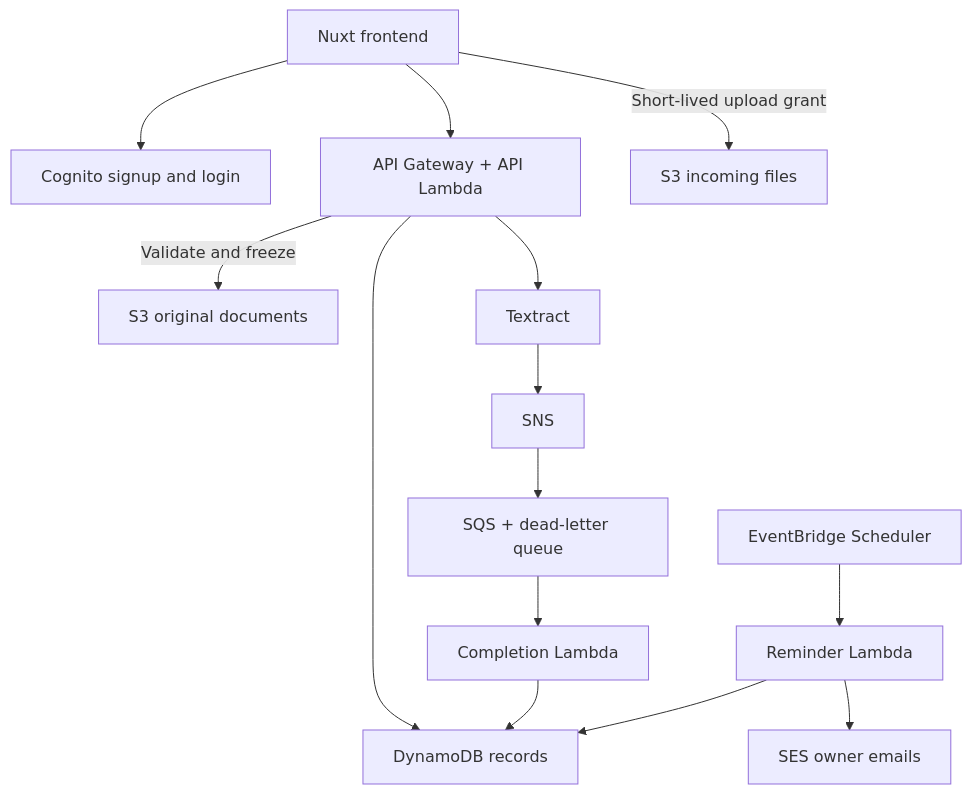
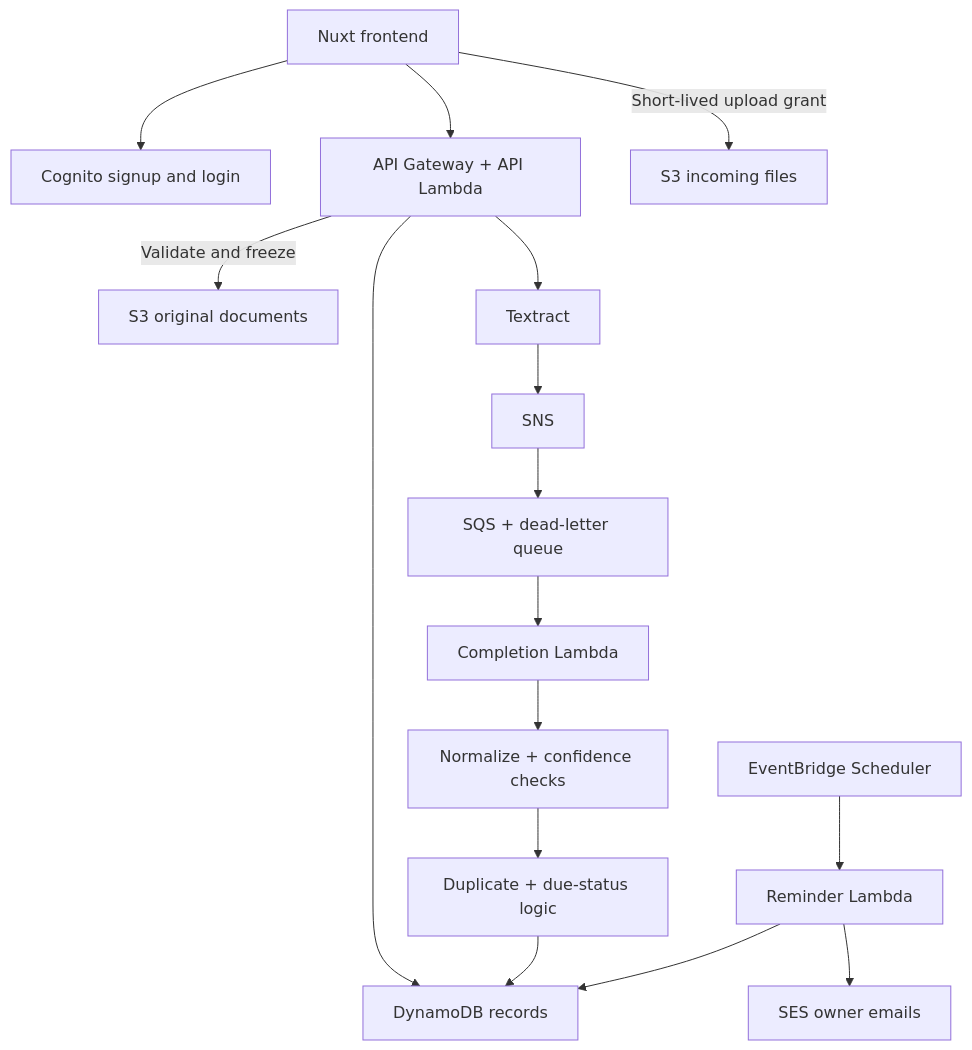
One commit to rizwyy/invoxa changed the diagram in README.md. Above: the diagram before and after it, drawn with Mermaid. The commit also changed other lines of this file and 21 other files, not shown here.

````diff
--- a/README.md
+++ b/README.md
@@ -79,16 +80,18 @@
 ```mermaid
 flowchart TD
   UI[Nuxt frontend] --> AUTH[Cognito signup and login]
   UI --> API[API Gateway + API Lambda]
   API --> DB[DynamoDB records]
   UI -->|Short-lived upload grant| UP[S3 incoming files]
   API -->|Validate and freeze| DOC[S3 original documents]
   API --> OCR[Textract]
   OCR --> SNS[SNS]
   SNS --> Q[SQS + dead-letter queue]
   Q --> WORK[Completion Lambda]
-  WORK --> DB
+  WORK --> NORMALIZE[Normalize + confidence checks]
+  NORMALIZE --> DUP[Duplicate + due-status logic]
+  DUP --> DB
   SCHED[EventBridge Scheduler] --> MAIL[Reminder Lambda]
   MAIL --> DB
   MAIL --> SES[SES owner emails]
 ```
````
